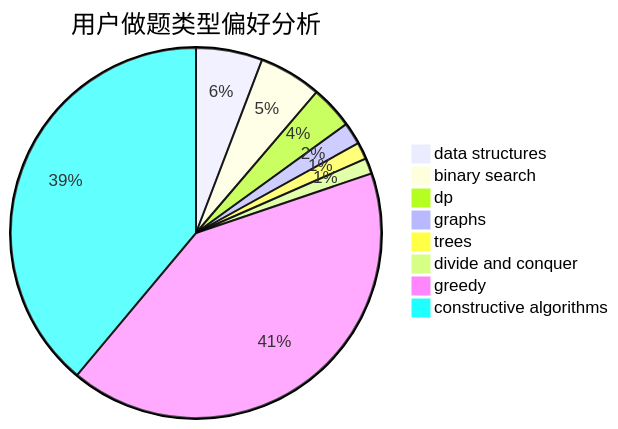
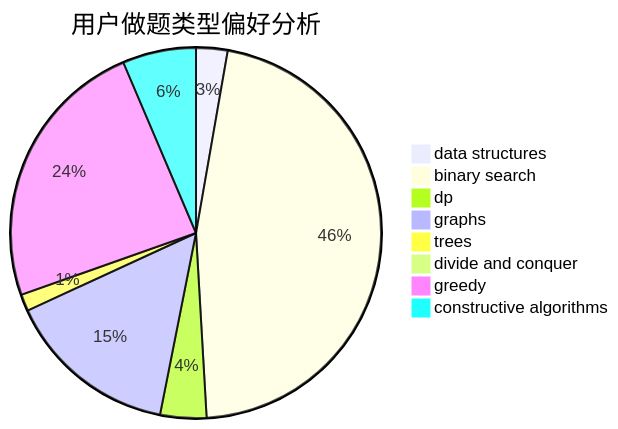
Before and after one commit to sherpahu/cfrs.github.io: the second of 3 diagrams in docs/user/u850.md, drawn with Mermaid. The commit also changed other lines of this file and 2770 other files, not shown here.

````diff
--- a/docs/user/u850.md
+++ b/docs/user/u850.md
@@ -23,11 +23,11 @@
 ```mermaid
 pie title 用户做题类型偏好分析
-    "data structures" :  51
-    "binary search" :  48
-    "dp" :  33
-    "graphs" :  17
-    "trees" :  13
-    "divide and conquer" :  12
-    "greedy" :  363
-    "constructive algorithms" :  342
+    "data structures" :  15
+    "binary search" :  253
+    "dp" :  22
+    "graphs" :  82
+    "trees" :  8
+    "divide and conquer" :  0
+    "greedy" :  131
+    "constructive algorithms" :  35
 ```
````
